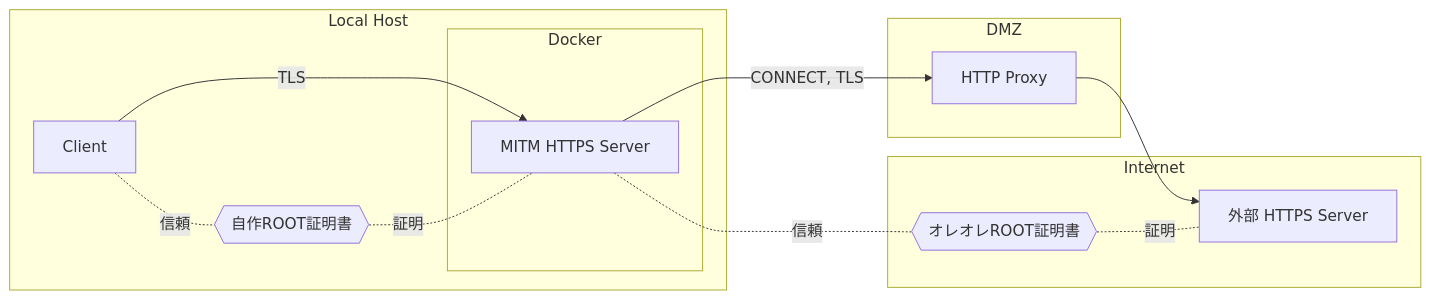
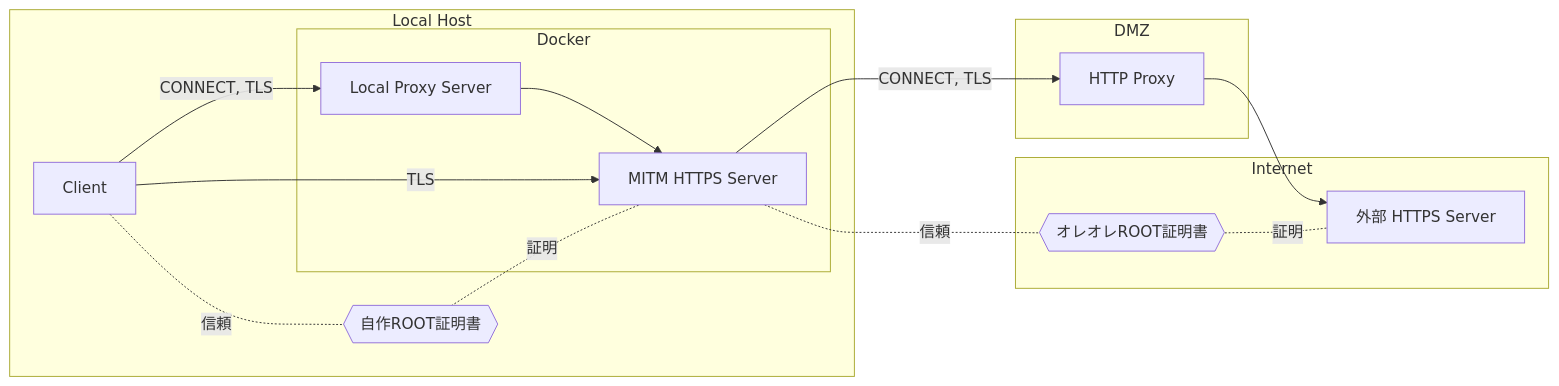
Before and after one commit to tksugimoto/docker-mitm-https-server: the diagram in docs/images/structure.md, drawn with Mermaid. The commit also changed 2 other files, not shown here.

Commit message:
docs: README に プロキシを使った割込みについて追記

````diff
--- a/docs/images/structure.md
+++ b/docs/images/structure.md
@@ -1,26 +1,30 @@
 ```mermaid
 graph LR
     subgraph "Local Host"
         client[Client]
         local_root_cert{{自作ROOT証明書}}
         subgraph Docker
             local_mitm_server[MITM HTTPS Server]
+            local_proxy[Local Proxy Server]
         end
     end
     subgraph DMZ
         proxy[HTTP Proxy]
     end
     subgraph Internet
         external_root_cert{{オレオレROOT証明書}}
         external_server[外部 HTTPS Server]
     end
 
+    client -->|CONNECT, TLS| local_proxy
+    local_proxy --> local_mitm_server
+
     client -->|TLS| local_mitm_server
     client -.-|信頼| local_root_cert
     local_root_cert -.-|証明| local_mitm_server
 
     local_mitm_server -->|CONNECT, TLS| proxy
     proxy --> external_server
     local_mitm_server -.-|信頼| external_root_cert
     external_root_cert -.-|証明| external_server
 ```
````
